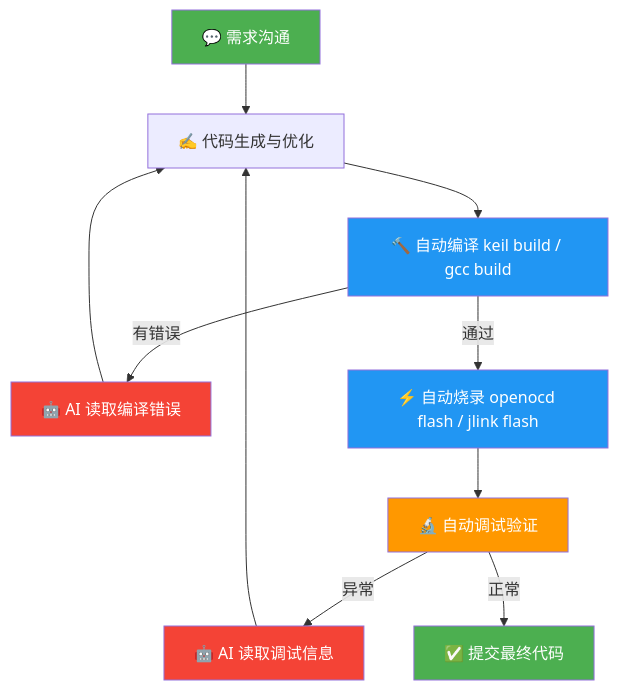
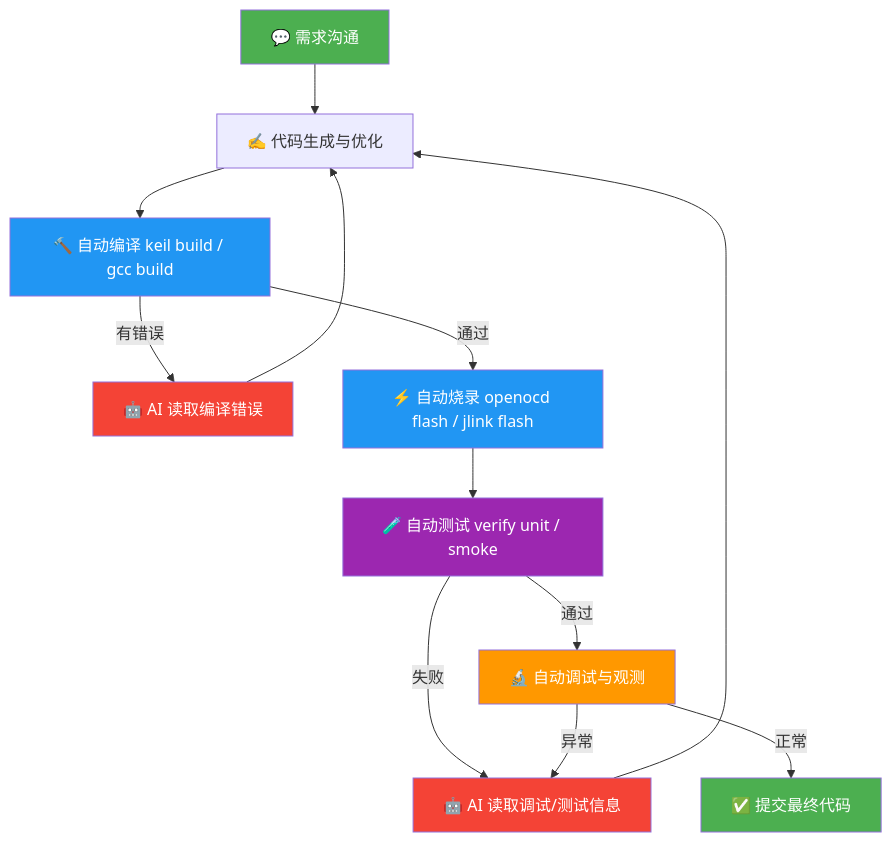
Before and after one commit to zhinkgit/embeddedskills: the diagram in docs/getting-started.md, drawn with Mermaid. The commit also changed other lines of this file and 17 other files, not shown here.

````diff
--- a/docs/getting-started.md
+++ b/docs/getting-started.md
@@ -162,20 +163,23 @@
 ```mermaid
 flowchart TD
     A["💬 需求沟通"] --> B["✍️ 代码生成与优化"]
     B --> C["🔨 自动编译 keil build / gcc build"]
     C -->|有错误| D["🤖 AI 读取编译错误"]
     D --> B
     C -->|通过| E["⚡ 自动烧录 openоcd flash / jlink flash"]
-    E --> F["🔬 自动调试验证"]
-    F -->|异常| G["🤖 AI 读取调试信息"]
+    E --> V["🧪 自动测试 verify unit / smoke"]
+    V -->|失败| G["🤖 AI 读取调试/测试信息"]
+    V -->|通过| F["🔬 自动调试与观测"]
+    F -->|异常| G
     G --> B
     F -->|正常| H["✅ 提交最终代码"]
 
     style A fill:#4CAF50,color:#fff
     style H fill:#4CAF50,color:#fff
     style C fill:#2196F3,color:#fff
     style E fill:#2196F3,color:#fff
+    style V fill:#9C27B0,color:#fff
     style F fill:#FF9800,color:#fff
     style D fill:#f44336,color:#fff
     style G fill:#f44336,color:#fff
 ```
````
